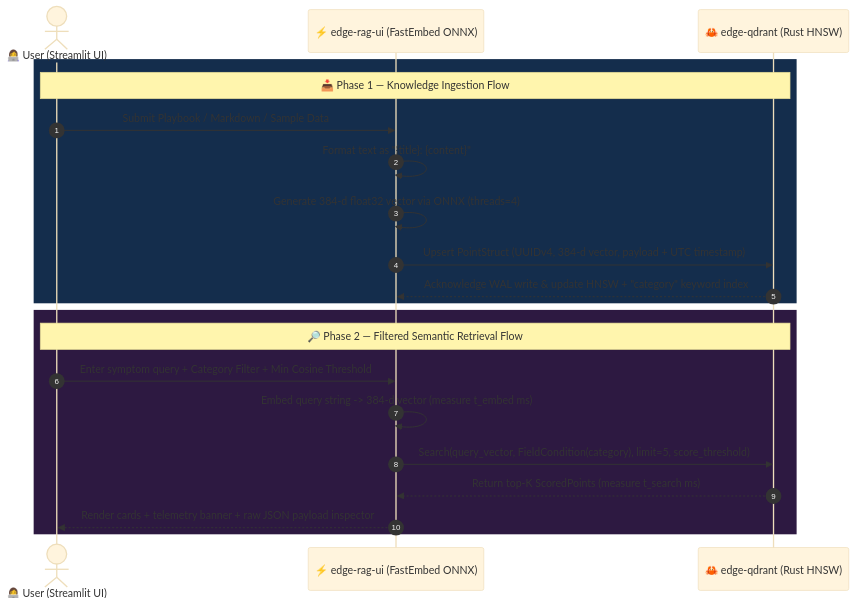
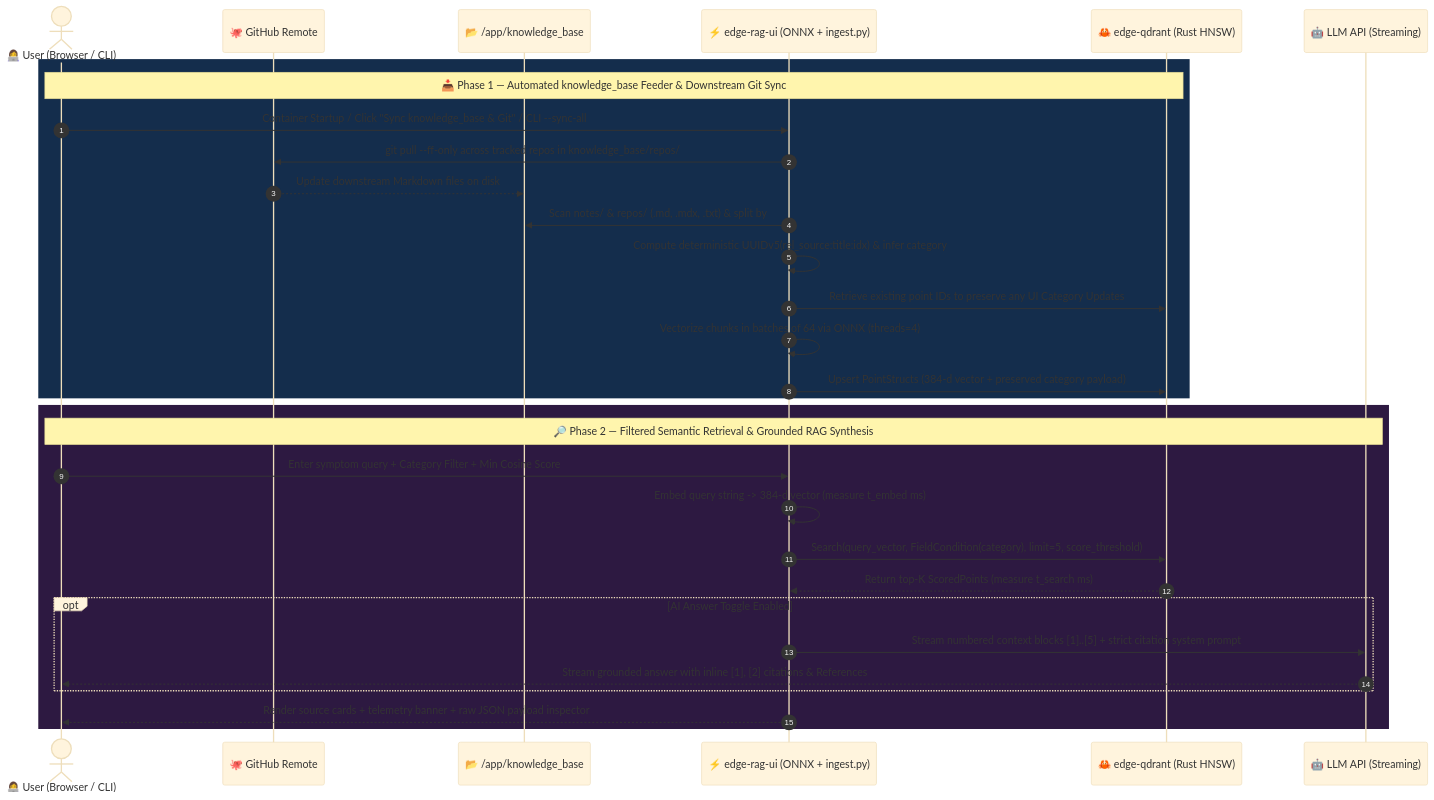
One commit to t0m-a/Edge-Semantic-Search-RAG-Knowledge-Hub changed the second of 2 diagrams in README.md. Above: the diagram before and after it, drawn with Mermaid (base theme). The commit also changed other lines of this file and 62 other files, not shown here.

Commit message:
Implemente ingestion engine using content files and/or GitHub sync

````diff
--- a/README.md
+++ b/README.md
@@ -99,25 +110,35 @@
 ```mermaid
 sequenceDiagram
     autonumber
-    actor User as 👩‍💻 User (Streamlit UI)
-    participant UI as ⚡ edge-rag-ui (FastEmbed ONNX)
+    actor User as 👩‍💻 User (Browser / CLI)
+    participant GH as 🐙 GitHub Remote
+    participant KB as 📂 /app/knowledge_base
+    participant UI as ⚡ edge-rag-ui (ONNX + ingest.py)
     participant QD as 🦀 edge-qdrant (Rust HNSW)
+    participant LLM as 🤖 LLM API (Streaming)
 
     rect rgb(20, 45, 76)
-        Note over User,QD: 📥 Phase 1 — Knowledge Ingestion Flow
-        User->>UI: Submit Playbook / Markdown / Sample Data
-        UI->>UI: Format text as "{title}: {content}"
-        UI->>UI: Generate 384-d float32 vector via ONNX (threads=4)
-        UI->>QD: Upsert PointStruct (UUIDv4, 384-d vector, payload + UTC timestamp)
-        QD-->>UI: Acknowledge WAL write & update HNSW + "category" keyword index
+        Note over User,QD: 📥 Phase 1 — Automated knowledge_base Feeder & Downstream Git Sync
+        User->>UI: Container Startup / Click "Sync knowledge_base & Git" / CLI --sync-all
+        UI->>GH: git pull --ff-only across tracked repos in knowledge_base/repos/
+        GH-->>KB: Update downstream Markdown files on disk
+        UI->>KB: Scan notes/ & repos/ (.md, .mdx, .txt) & split by #, ##, ### headers
+        UI->>UI: Compute deterministic UUIDv5(rel_source:title:idx) & infer category
+        UI->>QD: Retrieve existing point IDs to preserve any UI Category Updates
+        UI->>UI: Vectorize chunks in batches of 64 via ONNX (threads=4)
+        UI->>QD: Upsert PointStructs (384-d vector + preserved category payload)
     end
 
     rect rgb(45, 25, 65)
-        Note over User,QD: 🔎 Phase 2 — Filtered Semantic Retrieval Flow
-        User->>UI: Enter symptom query + Category Filter + Min Cosine Threshold
+        Note over User,LLM: 🔎 Phase 2 — Filtered Semantic Retrieval & Grounded RAG Synthesis
+        User->>UI: Enter symptom query + Category Filter + Min Cosine Score
         UI->>UI: Embed query string -> 384-d vector (measure t_embed ms)
         UI->>QD: Search(query_vector, FieldCondition(category), limit=5, score_threshold)
         QD-->>UI: Return top-K ScoredPoints (measure t_search ms)
-        UI-->>User: Render cards + telemetry banner + raw JSON payload inspector
+        opt AI Answer Toggle Enabled
+            UI->>LLM: Stream numbered context blocks [1]..[5] + strict citation system prompt
+            LLM-->>User: Stream grounded answer with inline [1], [2] citations & References
+        end
+        UI-->>User: Render source cards + telemetry banner + raw JSON payload inspector
     end
 ```
````
